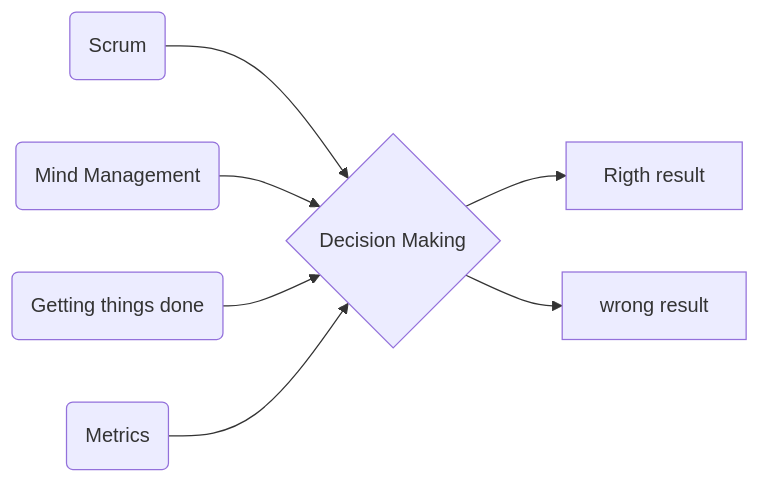
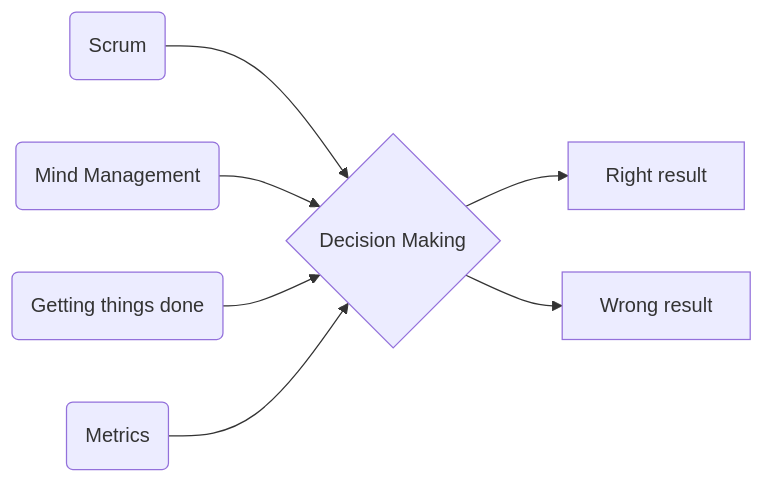
Before and after one commit to rarmero/appwebcifolavioleta: the diagram in web/index.qmd, drawn with Mermaid.

Commit message:
minus correction

````diff
--- a/web/index.qmd
+++ b/web/index.qmd
@@ -18,9 +18,9 @@
 ```{mermaid}
 flowchart LR
   A(Scrum) --> E{Decision Making}
   B(Mind Management) --> E
   C(Getting things done) --> E{Decision Making}
   D(Metrics) --> E{Decision Making}
-  E --> F[Rigth result]
-  E --> G[wrong result]
+  E --> F[Right result]
+  E --> G[Wrong result]
 ```
````
